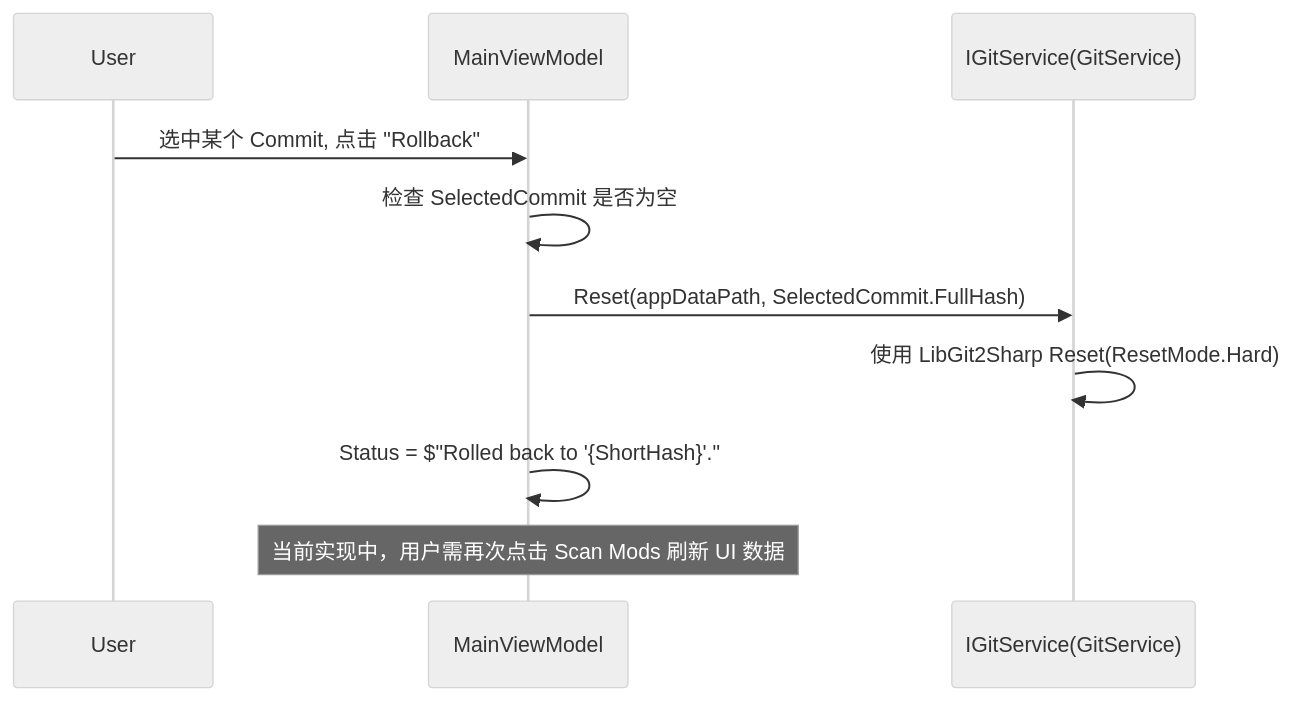
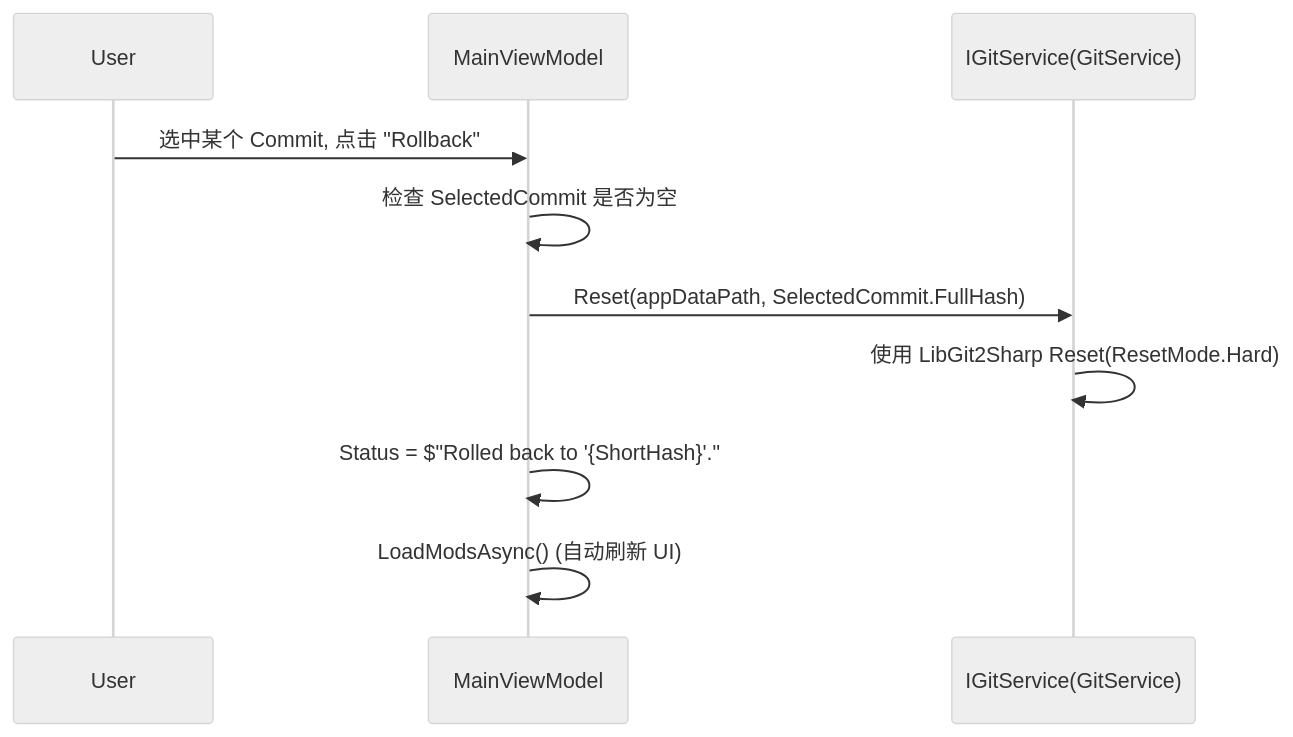
One commit to Sisyphean-a/SMTMS changed the tenth of 10 diagrams in docs/ARCHITECTURE.md. Above: the diagram before and after it, drawn with Mermaid (neutral theme). The commit also changed other lines of this file and 6 other files, not shown here.

````diff
--- a/docs/ARCHITECTURE.md
+++ b/docs/ARCHITECTURE.md
@@ -277,14 +287,14 @@
 ```mermaid
 sequenceDiagram
     participant U as User
     participant VM as MainViewModel
     participant Git as IGitService(GitService)
 
     U->>VM: 选中某个 Commit, 点击 "Rollback"
     VM->>VM: 检查 SelectedCommit 是否为空
     VM->>Git: Reset(appDataPath, SelectedCommit.FullHash)
     Git->>Git: 使用 LibGit2Sharp Reset(ResetMode.Hard)
 
     VM->>VM: Status = $"Rolled back to '{ShortHash}'."
-    note over VM: 当前实现中，用户需再次点击 Scan Mods 刷新 UI 数据
+    VM->>VM: LoadModsAsync() (自动刷新 UI)
 ```
````
